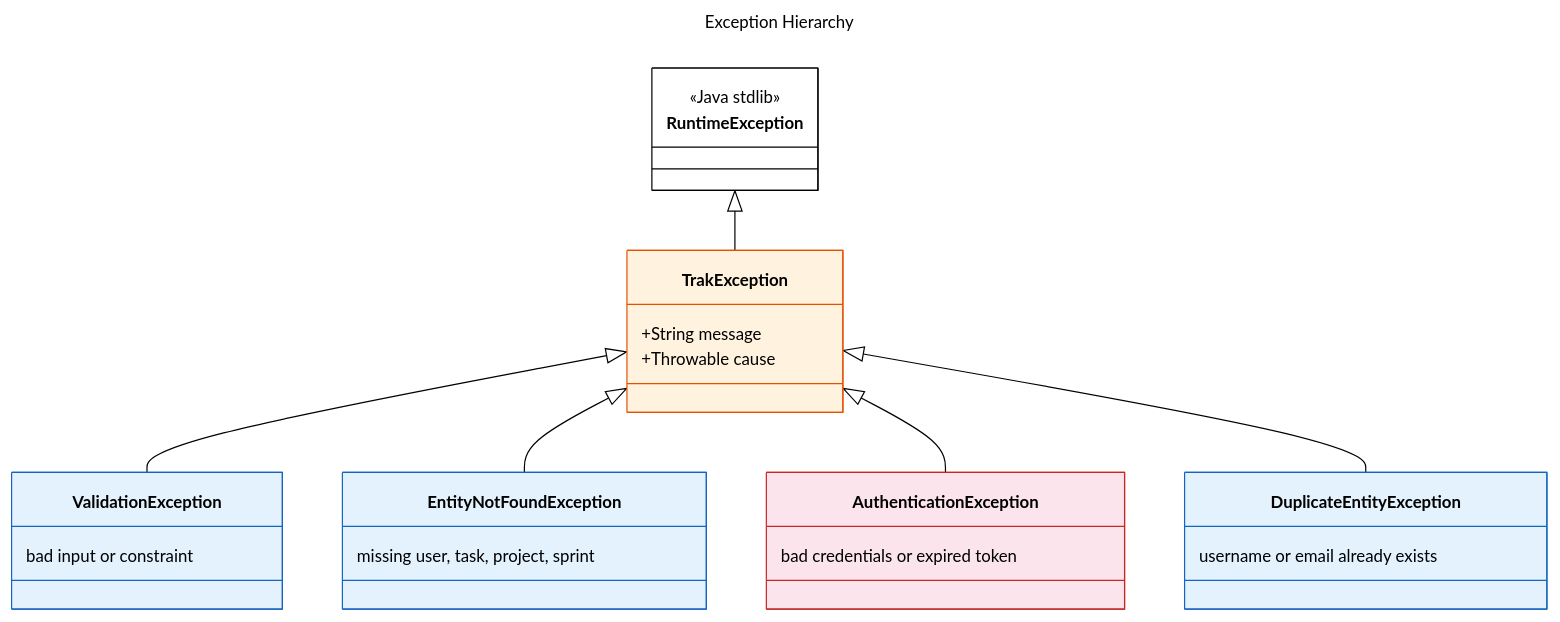
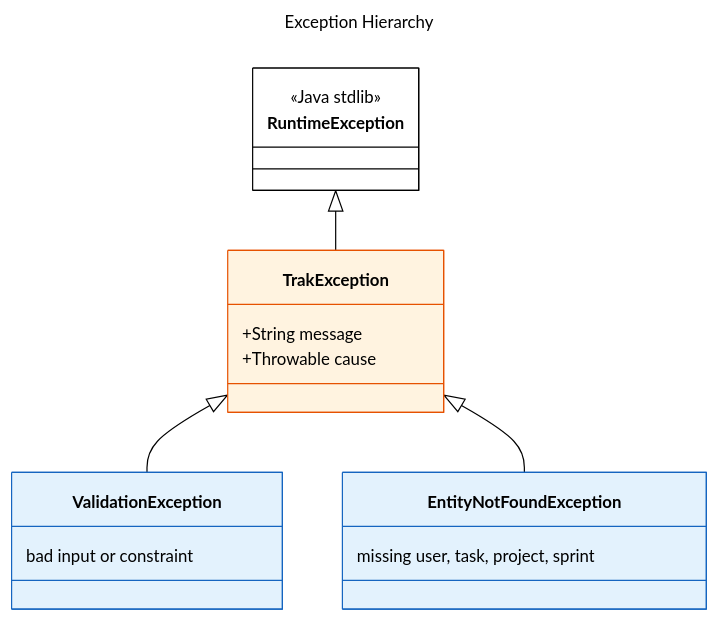
Diagram 14 of 14 in docs/DIAGRAM.md (magana272/TaskTrac), drawn with Mermaid before and after one commit. The commit also changed other lines of this file and 6 other files, not shown here.

````diff
--- a/docs/DIAGRAM.md
+++ b/docs/DIAGRAM.md
@@ -603,53 +602,41 @@
 ```mermaid
 ---
 config:
   theme: base
   themeVariables:
     primaryColor: '#ffffff'
     primaryTextColor: '#000000'
     primaryBorderColor: '#000000'
     lineColor: '#000000'
     fontFamily: 'Georgia, Times New Roman, serif'
     fontSize: '14px'
 title: Exception Hierarchy
 ---
 classDiagram
     direction TB
 
     class RuntimeException {
         <<Java stdlib>>
     }
 
     class TrakException {
         +String message
         +Throwable cause
     }
 
     class ValidationException {
         bad input or constraint
     }
 
     class EntityNotFoundException {
         missing user, task, project, sprint
     }
 
-    class AuthenticationException {
-        bad credentials or expired token
-    }
-
-    class DuplicateEntityException {
-        username or email already exists
-    }
-
     RuntimeException <|-- TrakException
     TrakException <|-- ValidationException
     TrakException <|-- EntityNotFoundException
-    TrakException <|-- AuthenticationException
-    TrakException <|-- DuplicateEntityException
 
     style TrakException fill:#fff3e0,stroke:#e65100
     style ValidationException fill:#e3f2fd,stroke:#1565c0
     style EntityNotFoundException fill:#e3f2fd,stroke:#1565c0
-    style AuthenticationException fill:#fce4ec,stroke:#c62828
-    style DuplicateEntityException fill:#e3f2fd,stroke:#1565c0
 ```
````
